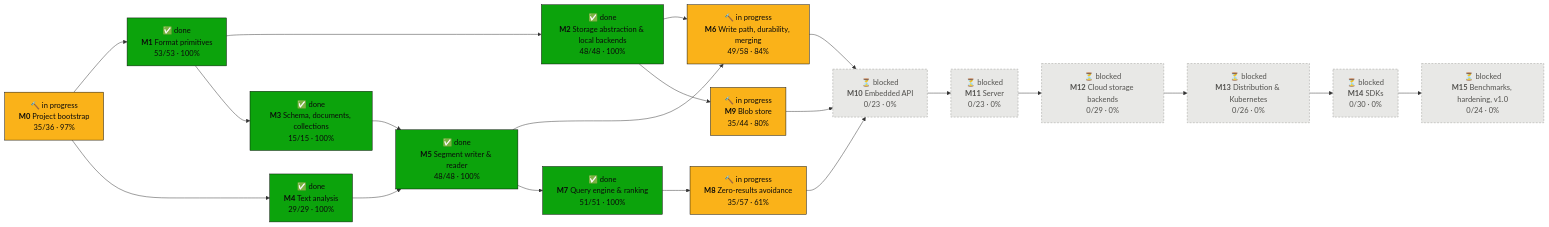
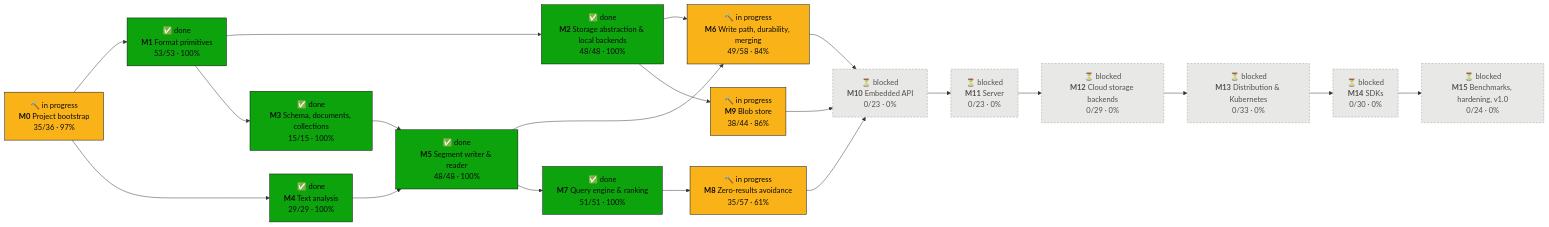
One commit to tomiok/persiaDB changed the first of 2 diagrams in PROGRESS.md. Above: the diagram before and after it, drawn with Mermaid. The commit also changed other lines of this file and 3 other files, not shown here.

Commit message:
chore(roadmap): tick 9.2.16, 9.3.7, 9.5.10; add M13 13.7 blob follow-ups (v1.0); regenerate PROGRESS.md

````diff
--- a/PROGRESS.md
+++ b/PROGRESS.md
@@ -16,42 +16,42 @@
 ```mermaid
 flowchart LR
   M0["🔨 in progress<br/><b>M0</b> Project bootstrap<br/>35/36 · 97%"]:::doing
   M1["✅ done<br/><b>M1</b> Format primitives<br/>53/53 · 100%"]:::done
   M2["✅ done<br/><b>M2</b> Storage abstraction & local backends<br/>48/48 · 100%"]:::done
   M3["✅ done<br/><b>M3</b> Schema, documents, collections<br/>15/15 · 100%"]:::done
   M4["✅ done<br/><b>M4</b> Text analysis<br/>29/29 · 100%"]:::done
   M5["✅ done<br/><b>M5</b> Segment writer & reader<br/>48/48 · 100%"]:::done
   M6["🔨 in progress<br/><b>M6</b> Write path, durability, merging<br/>49/58 · 84%"]:::doing
   M7["✅ done<br/><b>M7</b> Query engine & ranking<br/>51/51 · 100%"]:::done
   M8["🔨 in progress<br/><b>M8</b> Zero-results avoidance<br/>35/57 · 61%"]:::doing
-  M9["🔨 in progress<br/><b>M9</b> Blob store<br/>35/44 · 80%"]:::doing
+  M9["🔨 in progress<br/><b>M9</b> Blob store<br/>38/44 · 86%"]:::doing
   M10["⏳ blocked<br/><b>M10</b> Embedded API<br/>0/23 · 0%"]:::blocked
   M11["⏳ blocked<br/><b>M11</b> Server<br/>0/23 · 0%"]:::blocked
   M12["⏳ blocked<br/><b>M12</b> Cloud storage backends<br/>0/29 · 0%"]:::blocked
-  M13["⏳ blocked<br/><b>M13</b> Distribution & Kubernetes<br/>0/26 · 0%"]:::blocked
+  M13["⏳ blocked<br/><b>M13</b> Distribution & Kubernetes<br/>0/33 · 0%"]:::blocked
   M14["⏳ blocked<br/><b>M14</b> SDKs<br/>0/30 · 0%"]:::blocked
   M15["⏳ blocked<br/><b>M15</b> Benchmarks, hardening, v1.0<br/>0/24 · 0%"]:::blocked
   M0 --> M1
   M1 --> M2
   M1 --> M3
   M0 --> M4
   M3 --> M5
   M4 --> M5
   M2 --> M6
   M5 --> M6
   M5 --> M7
   M7 --> M8
   M2 --> M9
   M6 --> M10
   M8 --> M10
   M9 --> M10
   M10 --> M11
   M11 --> M12
   M12 --> M13
   M13 --> M14
   M14 --> M15
   classDef done fill:#0ca30c,stroke:#0b0b0b,color:#0b0b0b
   classDef doing fill:#fab219,stroke:#0b0b0b,color:#0b0b0b
   classDef ready fill:#fcfcfb,stroke:#0b0b0b,stroke-width:2px,color:#0b0b0b
   classDef blocked fill:#e8e8e6,stroke:#9a9a96,stroke-dasharray:4 3,color:#52514e
 ```
````
